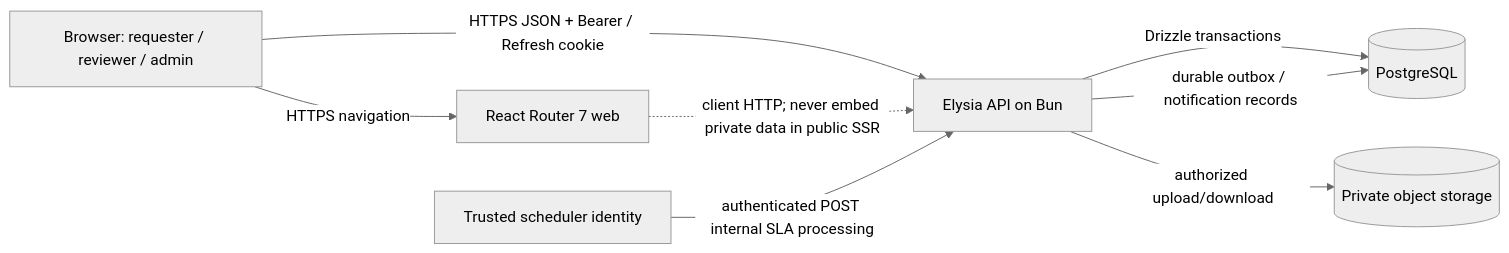
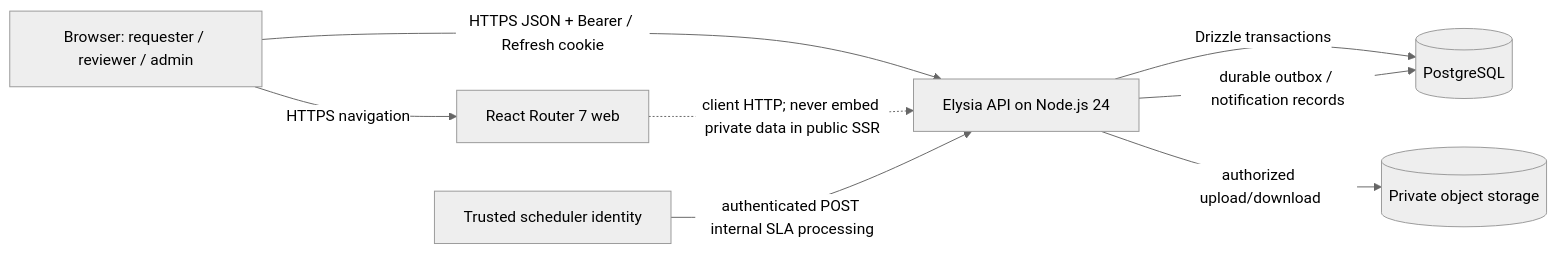
One commit to oangsa/approval-system changed the first of 7 diagrams in docs/specs/system-sds.md. Above: the diagram before and after it, drawn with Mermaid (neutral theme). The commit also changed other lines of this file and 10 other files, not shown here.

````diff
--- a/docs/specs/system-sds.md
+++ b/docs/specs/system-sds.md
@@ -31,10 +33,10 @@
 ```mermaid
 flowchart LR
   U[Browser: requester / reviewer / admin] -->|HTTPS navigation| W[React Router 7 web]
-  U -->|HTTPS JSON + Bearer / Refresh cookie| API[Elysia API on Bun]
+  U -->|HTTPS JSON + Bearer / Refresh cookie| API[Elysia API on Node.js 24]
   W -.->|client HTTP; never embed private data in public SSR| API
   API -->|Drizzle transactions| DB[(PostgreSQL)]
   API -->|authorized upload/download| OBJ[(Private object storage)]
   JOB[Trusted scheduler identity] -->|authenticated POST internal SLA processing| API
   API -->|durable outbox / notification records| DB
 ```
````
